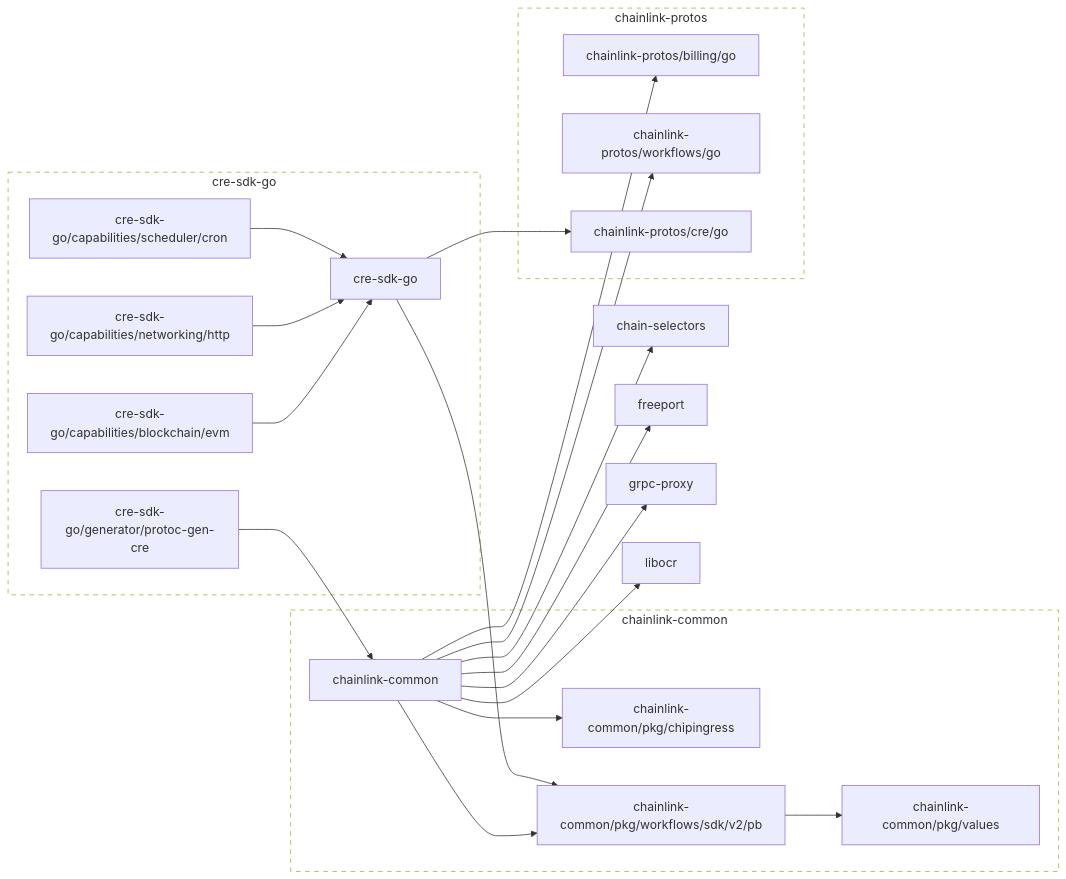
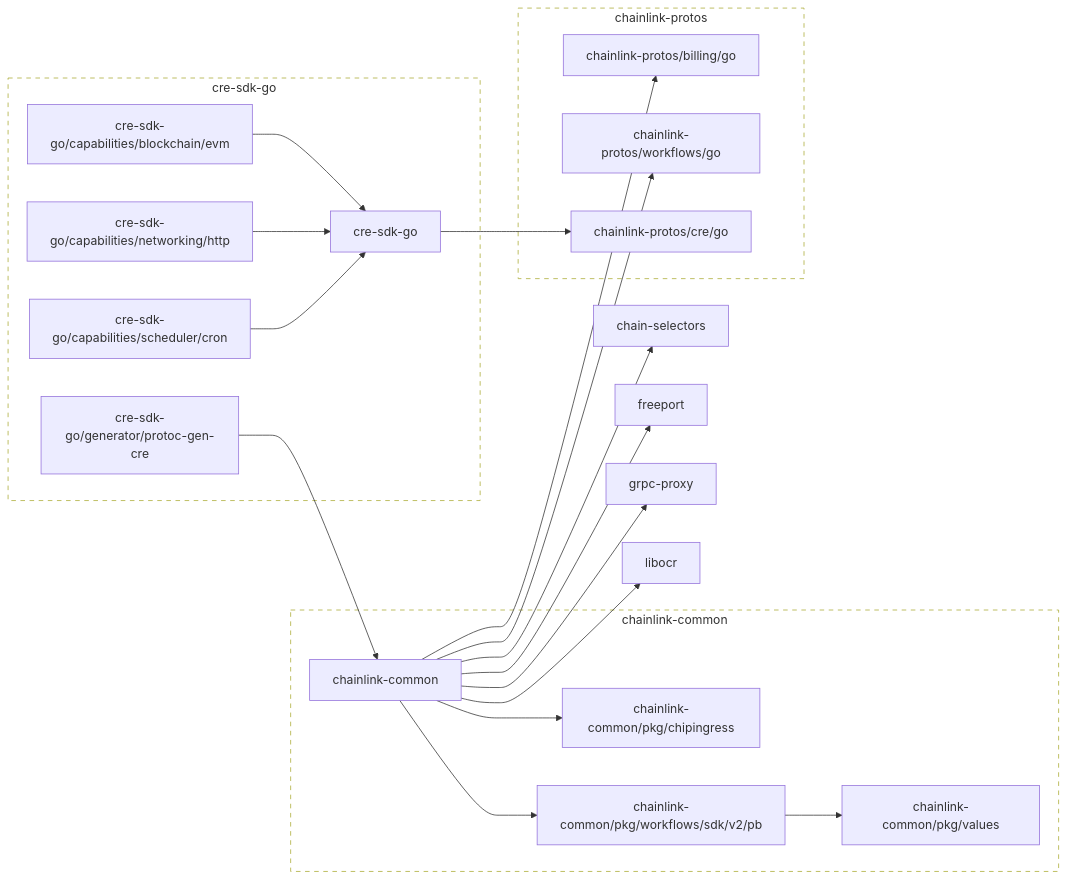
One commit to smartcontractkit/cre-sdk-go changed the diagram in go.md. Above: the diagram before and after it, drawn with Mermaid. The commit also changed 18 other files, not shown here.

````diff
--- a/go.md
+++ b/go.md
@@ -2,71 +2,70 @@
 ```mermaid
 flowchart LR
 
 	chain-selectors
 	click chain-selectors href "https://github.com/smartcontractkit/chain-selectors"
 	chainlink-common --> chain-selectors
 	chainlink-common --> chainlink-common/pkg/chipingress
 	chainlink-common --> chainlink-common/pkg/workflows/sdk/v2/pb
 	chainlink-common --> chainlink-protos/billing/go
 	chainlink-common --> chainlink-protos/workflows/go
 	chainlink-common --> freeport
 	chainlink-common --> grpc-proxy
 	chainlink-common --> libocr
 	click chainlink-common href "https://github.com/smartcontractkit/chainlink-common"
 	chainlink-common/pkg/chipingress
 	click chainlink-common/pkg/chipingress href "https://github.com/smartcontractkit/chainlink-common"
 	chainlink-common/pkg/values
 	click chainlink-common/pkg/values href "https://github.com/smartcontractkit/chainlink-common"
 	chainlink-common/pkg/workflows/sdk/v2/pb --> chainlink-common/pkg/values
 	click chainlink-common/pkg/workflows/sdk/v2/pb href "https://github.com/smartcontractkit/chainlink-common"
 	chainlink-protos/billing/go
 	click chainlink-protos/billing/go href "https://github.com/smartcontractkit/chainlink-protos"
 	chainlink-protos/cre/go
 	click chainlink-protos/cre/go href "https://github.com/smartcontractkit/chainlink-protos"
 	chainlink-protos/workflows/go
 	click chainlink-protos/workflows/go href "https://github.com/smartcontractkit/chainlink-protos"
-	cre-sdk-go --> chainlink-common/pkg/workflows/sdk/v2/pb
 	cre-sdk-go --> chainlink-protos/cre/go
 	click cre-sdk-go href "https://github.com/smartcontractkit/cre-sdk-go"
 	cre-sdk-go/capabilities/blockchain/evm --> cre-sdk-go
 	click cre-sdk-go/capabilities/blockchain/evm href "https://github.com/smartcontractkit/cre-sdk-go"
 	cre-sdk-go/capabilities/networking/http --> cre-sdk-go
 	click cre-sdk-go/capabilities/networking/http href "https://github.com/smartcontractkit/cre-sdk-go"
 	cre-sdk-go/capabilities/scheduler/cron --> cre-sdk-go
 	click cre-sdk-go/capabilities/scheduler/cron href "https://github.com/smartcontractkit/cre-sdk-go"
 	cre-sdk-go/generator/protoc-gen-cre --> chainlink-common
 	click cre-sdk-go/generator/protoc-gen-cre href "https://github.com/smartcontractkit/cre-sdk-go"
 	freeport
 	click freeport href "https://github.com/smartcontractkit/freeport"
 	grpc-proxy
 	click grpc-proxy href "https://github.com/smartcontractkit/grpc-proxy"
 	libocr
 	click libocr href "https://github.com/smartcontractkit/libocr"
 
 	subgraph chainlink-common-repo[chainlink-common]
 		 chainlink-common
 		 chainlink-common/pkg/chipingress
 		 chainlink-common/pkg/values
 		 chainlink-common/pkg/workflows/sdk/v2/pb
 	end
 	click chainlink-common-repo href "https://github.com/smartcontractkit/chainlink-common"
 
 	subgraph chainlink-protos-repo[chainlink-protos]
 		 chainlink-protos/billing/go
 		 chainlink-protos/cre/go
 		 chainlink-protos/workflows/go
 	end
 	click chainlink-protos-repo href "https://github.com/smartcontractkit/chainlink-protos"
 
 	subgraph cre-sdk-go-repo[cre-sdk-go]
 		 cre-sdk-go
 		 cre-sdk-go/capabilities/blockchain/evm
 		 cre-sdk-go/capabilities/networking/http
 		 cre-sdk-go/capabilities/scheduler/cron
 		 cre-sdk-go/generator/protoc-gen-cre
 	end
 	click cre-sdk-go-repo href "https://github.com/smartcontractkit/cre-sdk-go"
 
 	classDef outline stroke-dasharray:6,fill:none;
 	class chainlink-common-repo,chainlink-protos-repo,cre-sdk-go-repo outline
 ```
````
